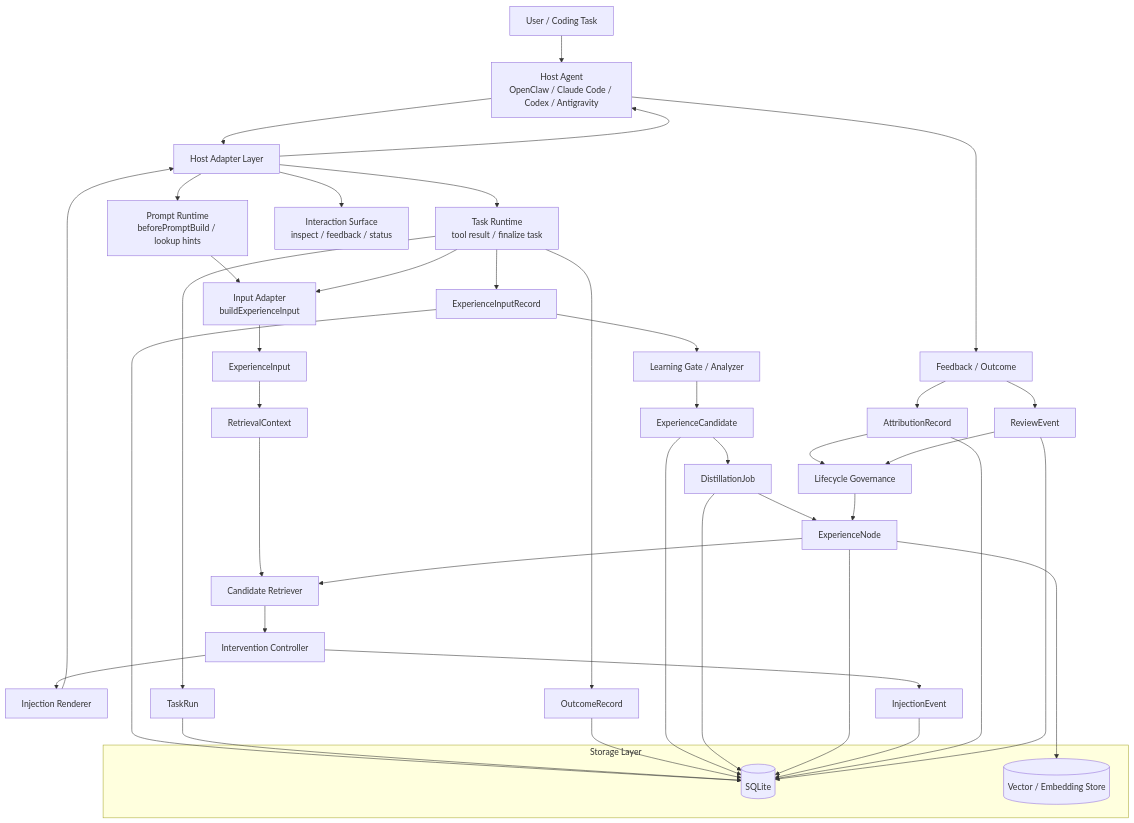
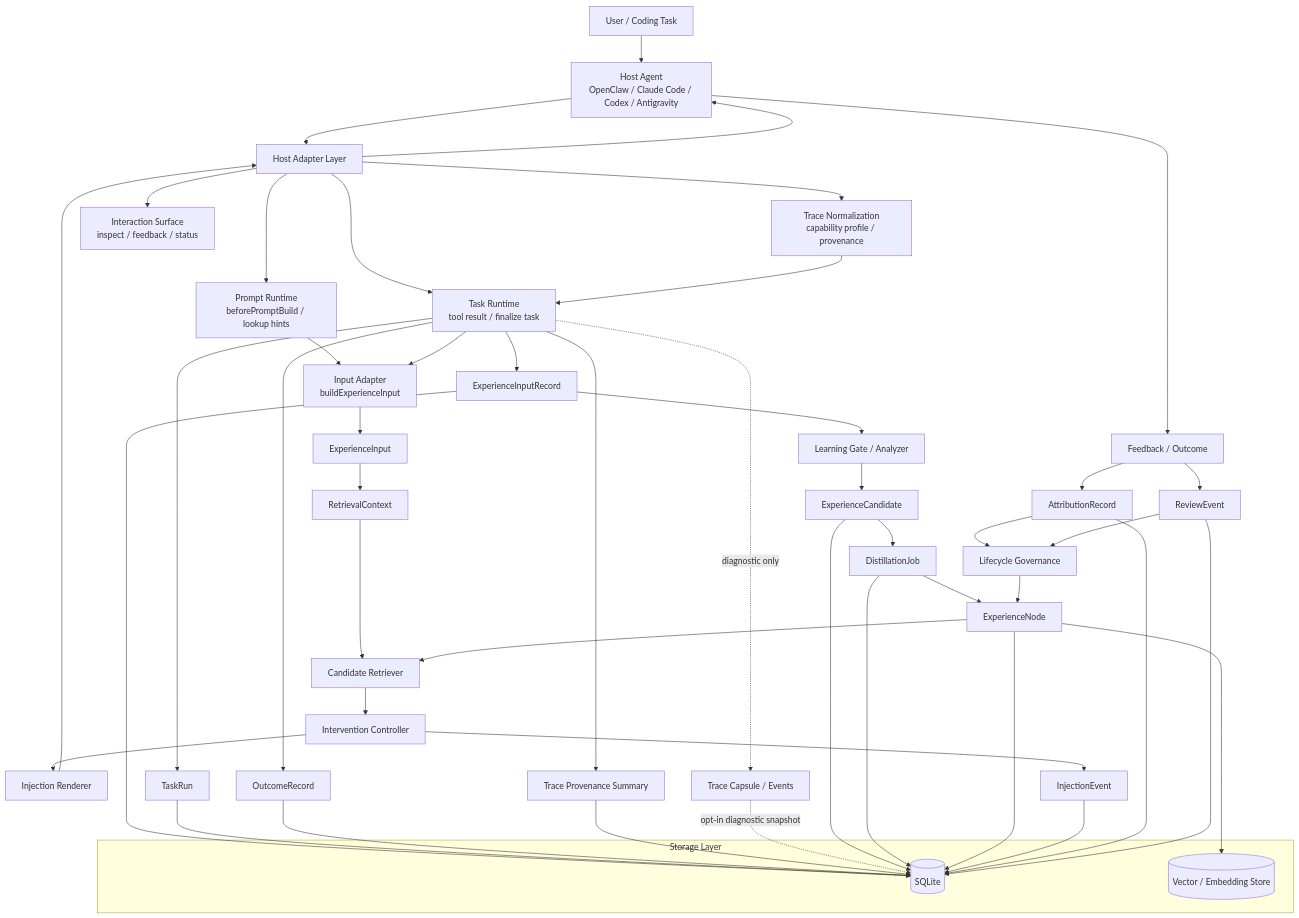
One commit to Alan-512/ExperienceEngine changed the first of 13 diagrams in docs/development/architecture.md. Above: the diagram before and after it, drawn with Mermaid. The commit also changed other lines of this file and 2 other files, not shown here.

Commit message:
docs update v0.4.2 architecture state

````diff
--- a/docs/development/architecture.md
+++ b/docs/development/architecture.md
@@ -137,56 +147,62 @@
 ```mermaid
 flowchart TD
   User[User / Coding Task] --> Host[Host Agent<br/>OpenClaw / Claude Code / Codex / Antigravity]
 
   Host --> Adapter[Host Adapter Layer]
+  Adapter --> Trace[Trace Normalization<br/>capability profile / provenance]
   Adapter --> RuntimePrompt[Prompt Runtime<br/>beforePromptBuild / lookup hints]
   Adapter --> RuntimeTask[Task Runtime<br/>tool result / finalize task]
   Adapter --> Interaction[Interaction Surface<br/>inspect / feedback / status]
 
   RuntimePrompt --> InputAdapter[Input Adapter<br/>buildExperienceInput]
   RuntimeTask --> InputAdapter
+  Trace --> RuntimeTask
 
   InputAdapter --> ExperienceInput[ExperienceInput]
   ExperienceInput --> RetrievalContext[RetrievalContext]
 
   RetrievalContext --> Retriever[Candidate Retriever]
   Retriever --> Intervention[Intervention Controller]
   Intervention --> Renderer[Injection Renderer]
   Renderer --> Adapter
   Adapter --> Host
 
   RuntimeTask --> InputRecord[ExperienceInputRecord]
   RuntimeTask --> TaskRun[TaskRun]
   RuntimeTask --> Outcome[OutcomeRecord]
+  RuntimeTask --> TraceSummary[Trace Provenance Summary]
+  RuntimeTask -. diagnostic only .-> TraceCapsule[Trace Capsule / Events]
 
   InputRecord --> LearningGate[Learning Gate / Analyzer]
   LearningGate --> Candidate[ExperienceCandidate]
   Candidate --> DistillationJob[DistillationJob]
   DistillationJob --> Node[ExperienceNode]
 
   Node --> Retriever
 
   Intervention --> InjectionEvent[InjectionEvent]
   Host --> Feedback[Feedback / Outcome]
   Feedback --> Attribution[AttributionRecord]
   Feedback --> Review[ReviewEvent]
   Attribution --> Governance[Lifecycle Governance]
   Review --> Governance
   Governance --> Node
 
   subgraph Storage[Storage Layer]
     SQLite[(SQLite)]
     Vector[(Vector / Embedding Store)]
   end
 
   InputRecord --> SQLite
   TaskRun --> SQLite
   Outcome --> SQLite
+  TraceSummary --> SQLite
+  TraceCapsule -. opt-in diagnostic snapshot .-> SQLite
   Candidate --> SQLite
   DistillationJob --> SQLite
   Node --> SQLite
   InjectionEvent --> SQLite
   Attribution --> SQLite
   Review --> SQLite
   Node --> Vector
 ```
````
